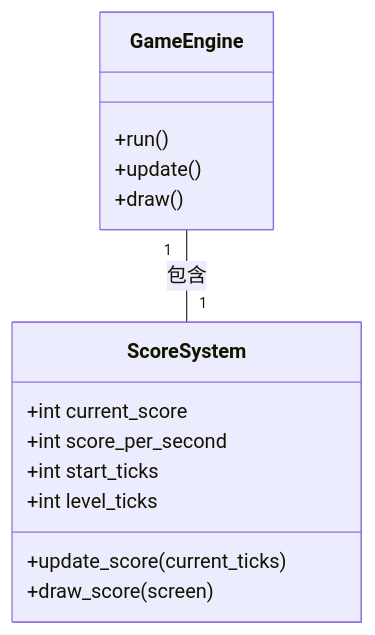
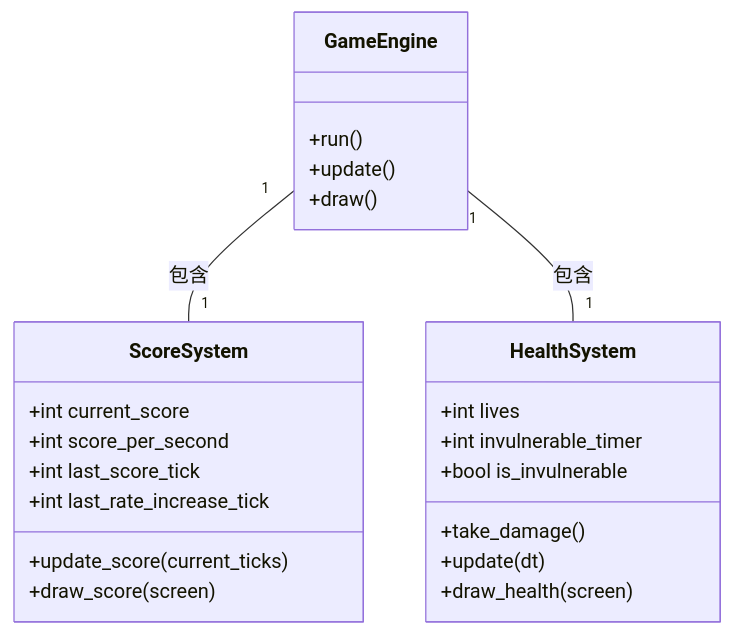
The third of 3 diagrams in spec.md (jaysu9600-cloud/Ninjas-must-live), drawn with Mermaid before and after one commit. The commit also changed other lines of this file and 9 other files, not shown here.

First line of the commit message:
feat: refactor to sprite system, add health system and variable jump height

````diff
--- a/spec.md
+++ b/spec.md
@@ -46,17 +99,26 @@
 ```mermaid
 classDiagram
     class GameEngine {
         +run()
         +update()
         +draw()
     }
     class ScoreSystem {
         +int current_score
         +int score_per_second
-        +int start_ticks
-        +int level_ticks
+        +int last_score_tick
+        +int last_rate_increase_tick
         +update_score(current_ticks)
         +draw_score(screen)
     }
+    class HealthSystem {
+        +int lives
+        +int invulnerable_timer
+        +bool is_invulnerable
+        +take_damage()
+        +update(dt)
+        +draw_health(screen)
+    }
     GameEngine "1" -- "1" ScoreSystem : 包含
+    GameEngine "1" -- "1" HealthSystem : 包含
 ```
````
